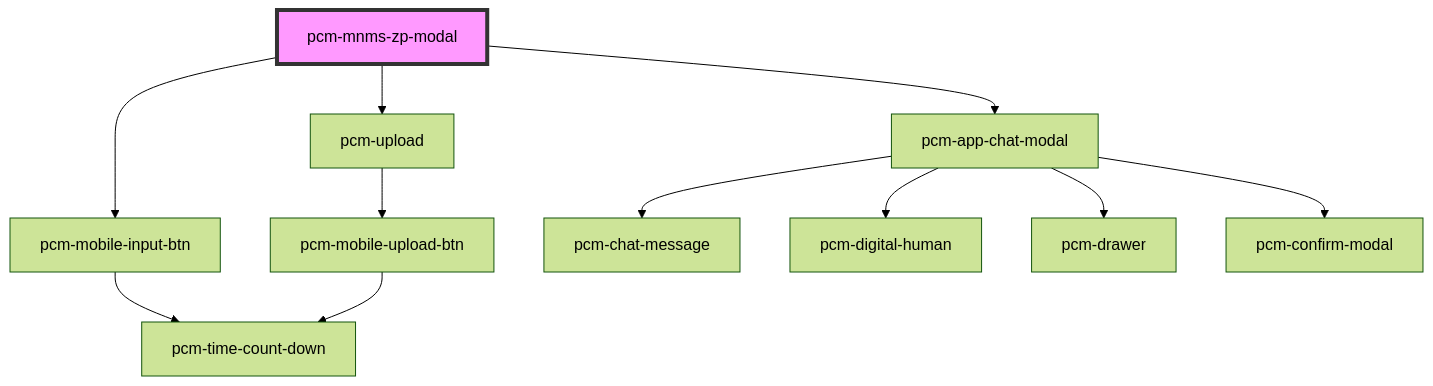
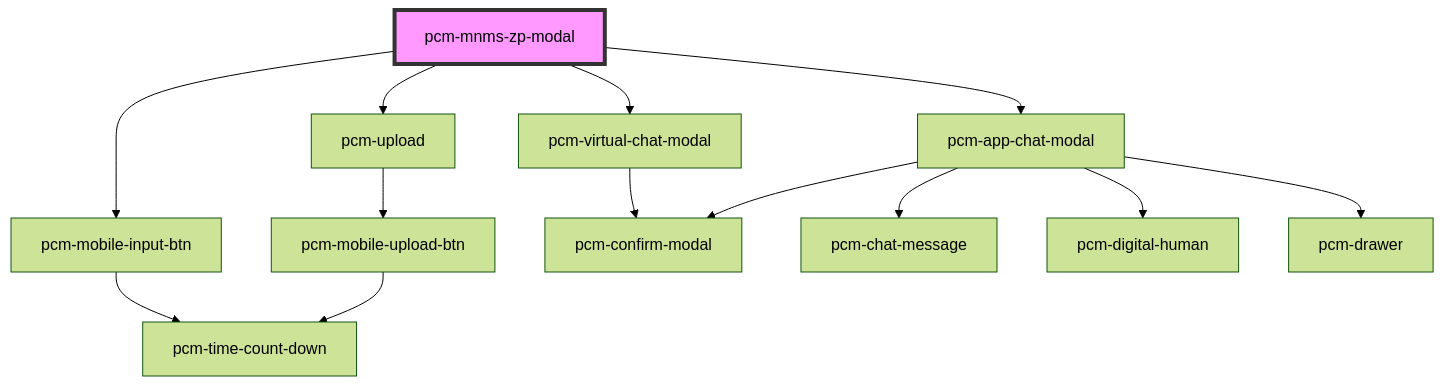
The diagram in packages/pcm-agents/docs/components/pcm-mnms-zp-modal/readme.md (Pincaimao/pcm-agents-sdk), drawn with Mermaid (forest theme) before and after one commit. The commit also changed other lines of this file and 13 other files, not shown here.

````diff
--- a/packages/pcm-agents/docs/components/pcm-mnms-zp-modal/readme.md
+++ b/packages/pcm-agents/docs/components/pcm-mnms-zp-modal/readme.md
@@ -57,14 +60,16 @@
 ```mermaid
 graph TD;
   pcm-mnms-zp-modal --> pcm-mobile-input-btn
   pcm-mnms-zp-modal --> pcm-upload
+  pcm-mnms-zp-modal --> pcm-virtual-chat-modal
   pcm-mnms-zp-modal --> pcm-app-chat-modal
   pcm-mobile-input-btn --> pcm-time-count-down
   pcm-upload --> pcm-mobile-upload-btn
   pcm-mobile-upload-btn --> pcm-time-count-down
+  pcm-virtual-chat-modal --> pcm-confirm-modal
   pcm-app-chat-modal --> pcm-chat-message
   pcm-app-chat-modal --> pcm-digital-human
   pcm-app-chat-modal --> pcm-drawer
   pcm-app-chat-modal --> pcm-confirm-modal
   style pcm-mnms-zp-modal fill:#f9f,stroke:#333,stroke-width:4px
 ```
````
